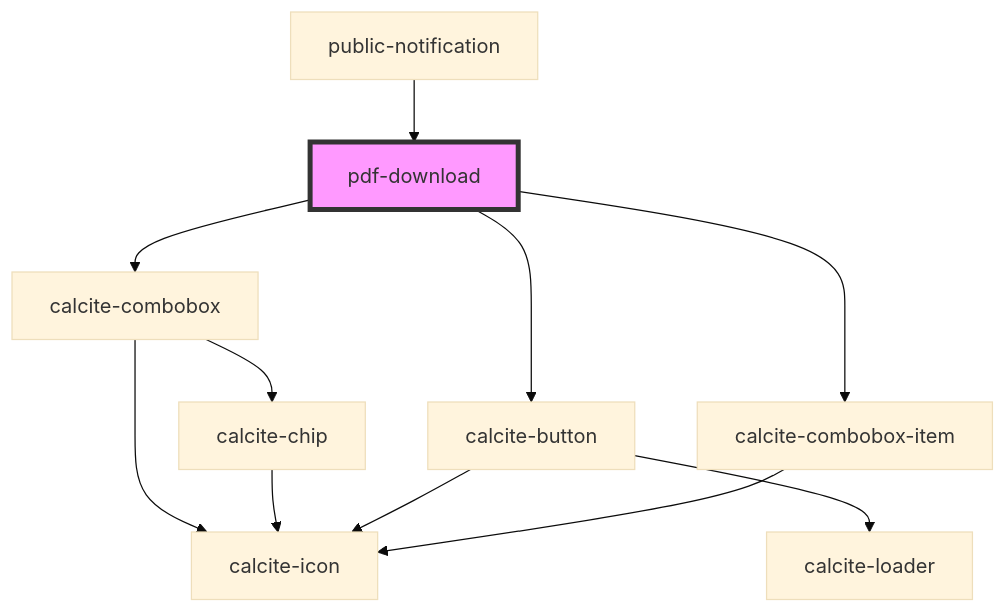
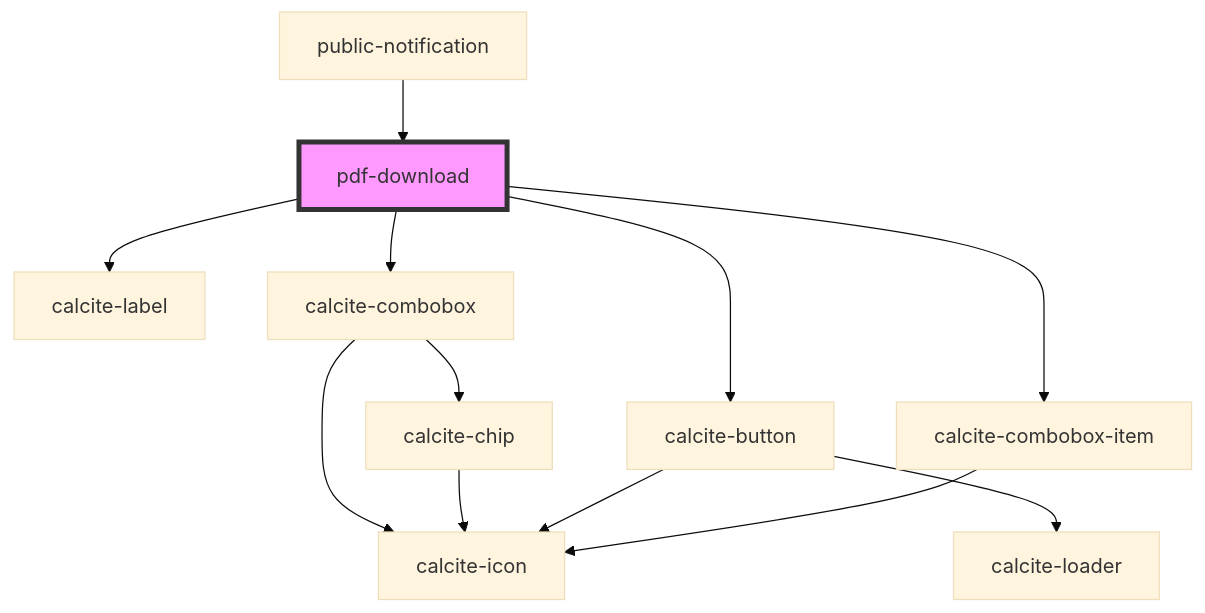
Before and after one commit to Esri/solutions-components: the diagram in src/components/pdf-download/readme.md, drawn with Mermaid (base theme). The commit also changed other lines of this file and 13 other files, not shown here.

````diff
--- a/src/components/pdf-download/readme.md
+++ b/src/components/pdf-download/readme.md
@@ -21,14 +22,15 @@
 ```mermaid
 graph TD;
+  pdf-download --> calcite-label
   pdf-download --> calcite-combobox
   pdf-download --> calcite-button
   pdf-download --> calcite-combobox-item
   calcite-combobox --> calcite-chip
   calcite-combobox --> calcite-icon
   calcite-chip --> calcite-icon
   calcite-button --> calcite-loader
   calcite-button --> calcite-icon
   calcite-combobox-item --> calcite-icon
   public-notification --> pdf-download
   style pdf-download fill:#f9f,stroke:#333,stroke-width:4px
 ```
````
